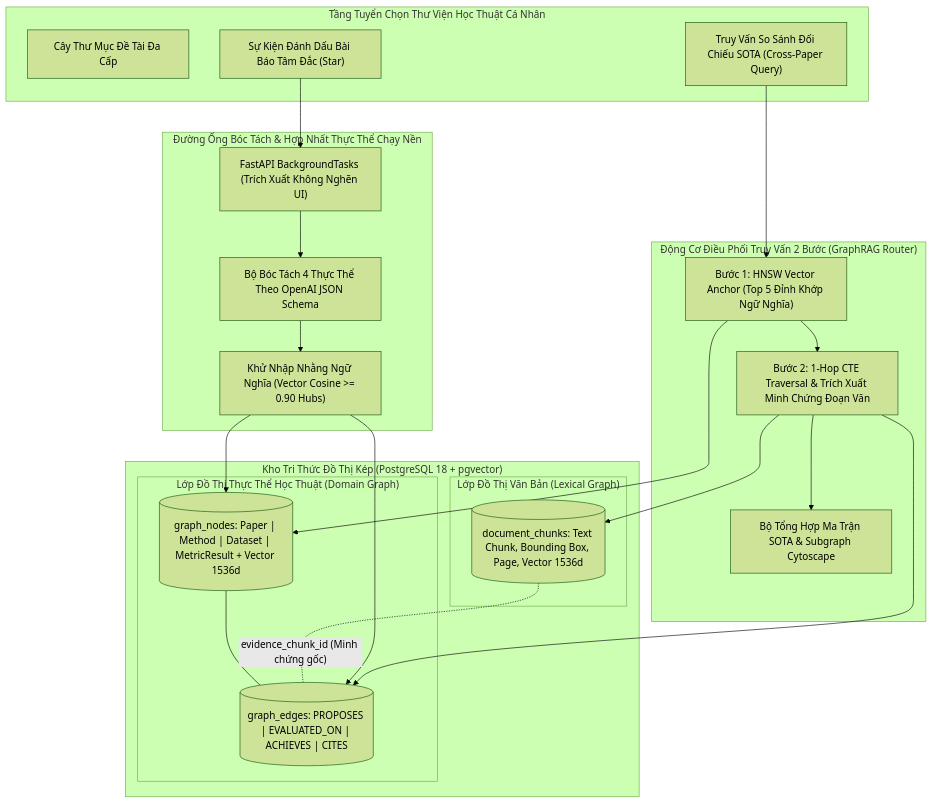
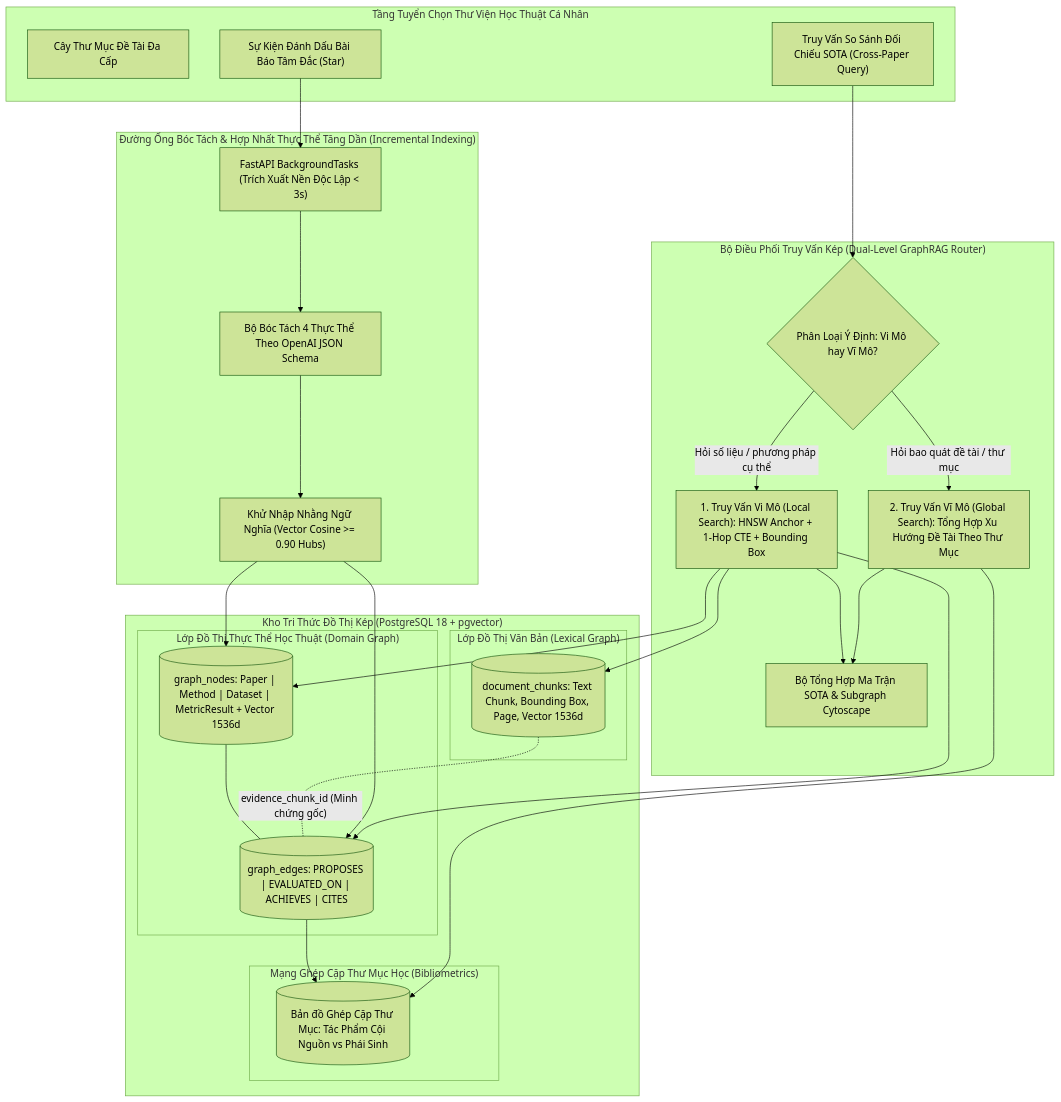
The first of 3 diagrams in docs/specs/05-favorite-library-and-graphrag-spec.md (dammanhdungvn/VeriScholar), drawn with Mermaid (forest theme) before and after one commit. The commit also changed other lines of this file and 1 other file, not shown here.

Commit message:
docs(spec-05): integrate REA GraphRAG architecture with dual-level retrieval and bibliometrics

````diff
--- a/docs/specs/05-favorite-library-and-graphrag-spec.md
+++ b/docs/specs/05-favorite-library-and-graphrag-spec.md
@@ -36,44 +36,53 @@
 ```mermaid
 flowchart TD
     subgraph CurationLayer ["Tầng Tuyển Chọn Thư Viện Học Thuật Cá Nhân"]
         FolderHierarchy["Cây Thư Mục Đề Tài Đa Cấp"]
         StarTrigger["Sự Kiện Đánh Dấu Bài Báo Tâm Đắc (Star)"]
         CrossQuery["Truy Vấn So Sánh Đối Chiếu SOTA (Cross-Paper Query)"]
     end
 
-    subgraph ExtractionPipeline ["Đường Ống Bóc Tách & Hợp Nhất Thực Thể Chạy Nền"]
-        BackgroundIngest["FastAPI BackgroundTasks (Trích Xuất Không Nghẽn UI)"]
+    subgraph ExtractionPipeline ["Đường Ống Bóc Tách & Hợp Nhất Thực Thể Tăng Dần (Incremental Indexing)"]
+        BackgroundIngest["FastAPI BackgroundTasks (Trích Xuất Nền Độc Lập < 3s)"]
         StructuredExtractor["Bộ Bóc Tách 4 Thực Thể Theo OpenAI JSON Schema"]
         SemanticDisambiguator["Khử Nhập Nhằng Ngữ Nghĩa (Vector Cosine >= 0.90 Hubs)"]
         StarTrigger --> BackgroundIngest --> StructuredExtractor --> SemanticDisambiguator
     end
 
     subgraph DualGraphStore ["Kho Tri Thức Đồ Thị Kép (PostgreSQL 18 + pgvector)"]
         subgraph LexicalGraph ["Lớp Đồ Thị Văn Bản (Lexical Graph)"]
             DocChunks[("document_chunks: Text Chunk, Bounding Box, Page, Vector 1536d")]
         end
 
         subgraph DomainGraph ["Lớp Đồ Thị Thực Thể Học Thuật (Domain Graph)"]
             GraphNodes[("graph_nodes: Paper | Method | Dataset | MetricResult + Vector 1536d")]
             GraphEdges[("graph_edges: PROPOSES | EVALUATED_ON | ACHIEVES | CITES")]
             GraphNodes --- GraphEdges
         end
 
+        subgraph Bibliometrics ["Mạng Ghép Cặp Thư Mục Học (Bibliometrics)"]
+            BibCoupling[("Bản đồ Ghép Cặp Thư Mục: Tác Phẩm Cội Nguồn vs Phái Sinh")]
+        end
+
         DocChunks -. "evidence_chunk_id (Minh chứng gốc)" .- GraphEdges
         SemanticDisambiguator --> GraphNodes
         SemanticDisambiguator --> GraphEdges
+        GraphEdges --> BibCoupling
     end
 
-    subgraph RetrievalRouter ["Động Cơ Điều Phối Truy Vấn 2 Bước (GraphRAG Router)"]
-        HNSWAnchor["Bước 1: HNSW Vector Anchor (Top 5 Đỉnh Khớp Ngữ Nghĩa)"]
-        SQLTraversal["Bước 2: 1-Hop CTE Traversal & Trích Xuất Minh Chứng Đoạn Văn"]
+    subgraph RetrievalRouter ["Bộ Điều Phối Truy Vấn Kép (Dual-Level GraphRAG Router)"]
+        QueryClassifier{"Phân Loại Ý Định: Vi Mô hay Vĩ Mô?"}
+        LocalEngine["1. Truy Vấn Vi Mô (Local Search): HNSW Anchor + 1-Hop CTE + Bounding Box"]
+        GlobalEngine["2. Truy Vấn Vĩ Mô (Global Search): Tổng Hợp Xu Hướng Đề Tài Theo Thư Mục"]
         SotaGenerator["Bộ Tổng Hợp Ma Trận SOTA & Subgraph Cytoscape"]
 
-        CrossQuery --> HNSWAnchor
-        HNSWAnchor --> GraphNodes
-        HNSWAnchor --> SQLTraversal
-        SQLTraversal --> GraphEdges
-        SQLTraversal --> DocChunks
-        SQLTraversal --> SotaGenerator
+        CrossQuery --> QueryClassifier
+        QueryClassifier -->|Hỏi số liệu / phương pháp cụ thể| LocalEngine
+        QueryClassifier -->|Hỏi bao quát đề tài / thư mục| GlobalEngine
+        LocalEngine --> GraphNodes
+        LocalEngine --> GraphEdges
+        LocalEngine --> DocChunks
+        LocalEngine --> SotaGenerator
+        GlobalEngine --> BibCoupling
+        GlobalEngine --> SotaGenerator
     end
 ```
````
